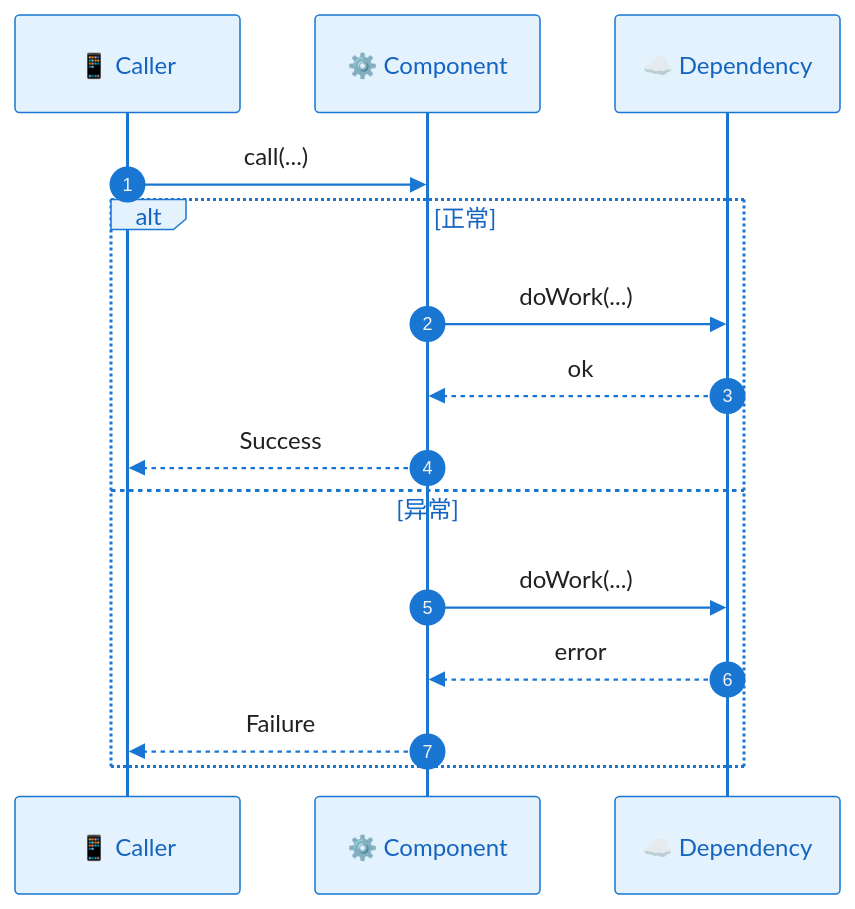
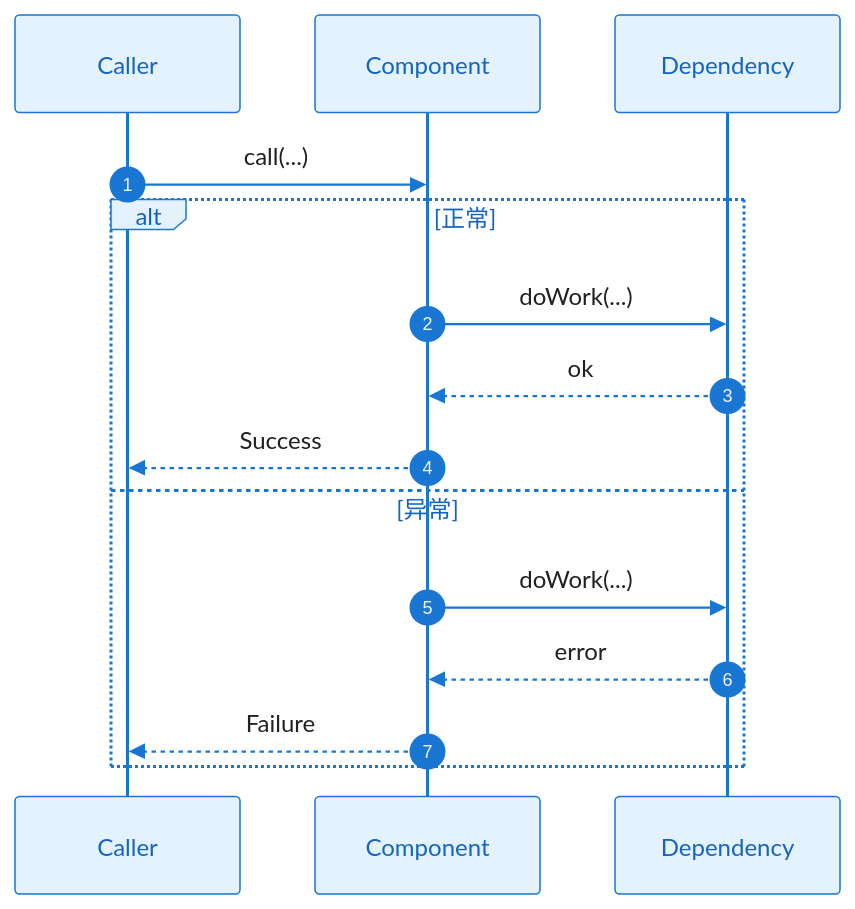
One commit to jackykarma/Verity changed the eighth of 11 diagrams in .specify/templates/plan-template.md. Above: the diagram before and after it, drawn with Mermaid. The commit also changed other lines of this file and 1 other file, not shown here.

Commit message:
移除mermaid使用emoji

````diff
--- a/.specify/templates/plan-template.md
+++ b/.specify/templates/plan-template.md
@@ -482,21 +482,21 @@
 ```mermaid
 %%{init: {'theme': 'base', 'themeVariables': { 'actorBkg': '#E3F2FD', 'actorBorder': '#1976D2', 'actorTextColor': '#1565C0', 'signalColor': '#1976D2', 'signalTextColor': '#212121', 'noteBkgColor': '#FFF8E1', 'noteBorderColor': '#FFC107'}}}%%
 sequenceDiagram
     autonumber
     
-    participant Caller as 📱 Caller
-    participant Component as ⚙️ Component
-    participant Dep as ☁️ Dependency
+    participant Caller as Caller
+    participant Component as Component
+    participant Dep as Dependency
 
     Caller->>Component: call(...)
     
     alt 正常
         Component->>Dep: doWork(...)
         Dep-->>Component: ok
         Component-->>Caller: Success
     else 异常
         Component->>Dep: doWork(...)
         Dep-->>Component: error
         Component-->>Caller: Failure
     end
 ```
````
